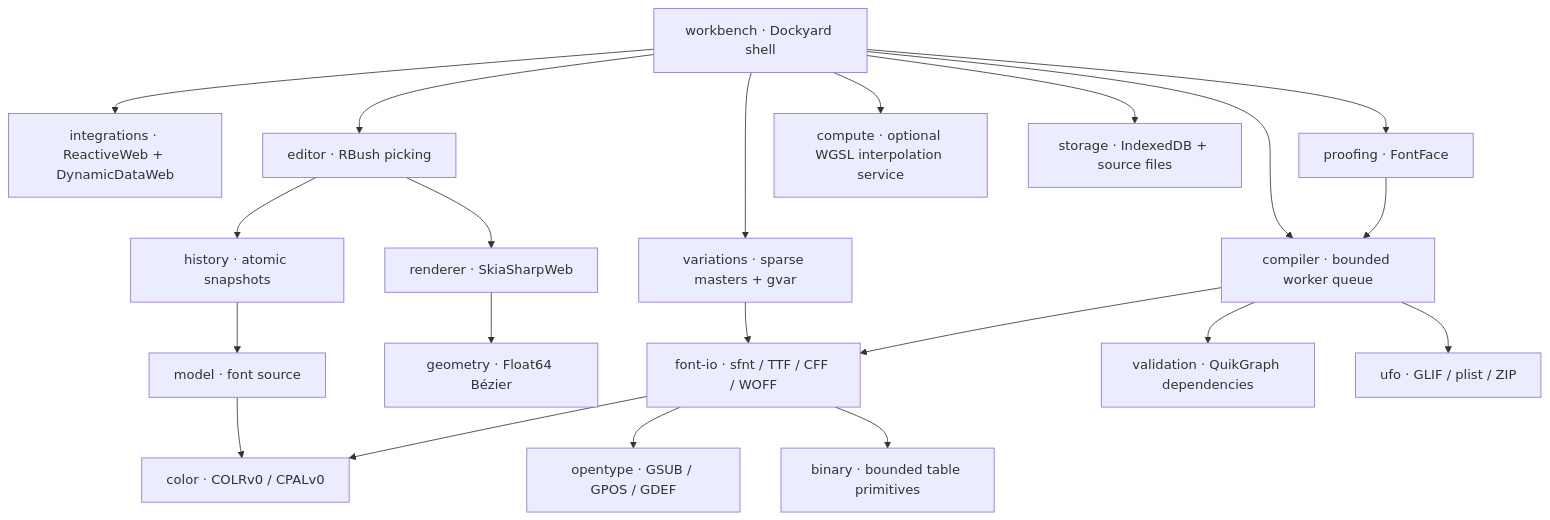
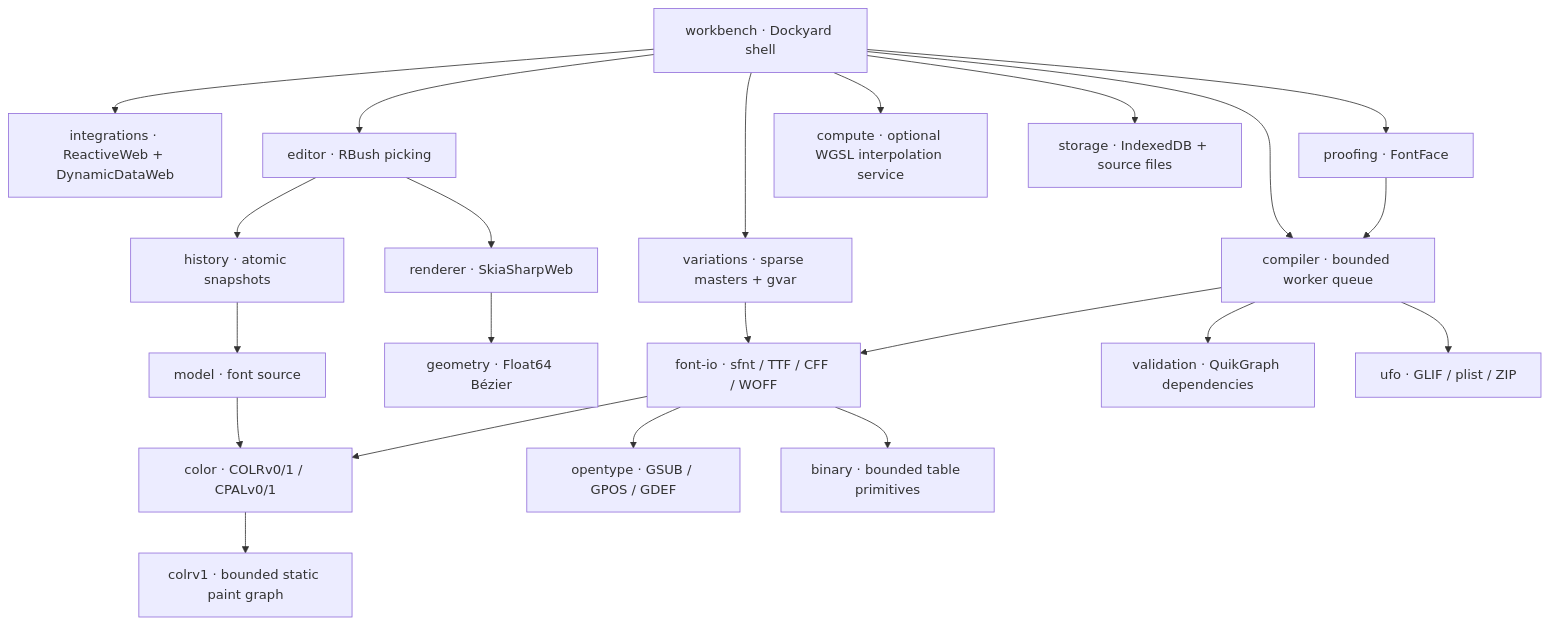
The diagram in docs/ARCHITECTURE.md (wieslawsoltes/CounterformStudio), drawn with Mermaid before and after one commit. The commit also changed other lines of this file and 108 other files, not shown here.

Commit message:
feat: release 0.5.0 COLRv1 paint editor and named palettes

````diff
--- a/docs/ARCHITECTURE.md
+++ b/docs/ARCHITECTURE.md
@@ -7,23 +7,24 @@
 ```mermaid
 flowchart TD
   Workbench[workbench · Dockyard shell] --> Integrations[integrations · ReactiveWeb + DynamicDataWeb]
   Workbench --> Editor[editor · RBush picking]
   Workbench --> Proof[proofing · FontFace]
   Editor --> History[history · atomic snapshots]
   History --> Model[model · font source]
   Editor --> Renderer[renderer · SkiaSharpWeb]
   Renderer --> Geometry[geometry · Float64 Bézier]
   Proof --> Compiler[compiler · bounded worker queue]
   Workbench --> Compiler
   Compiler --> IO[font-io · sfnt / TTF / CFF / WOFF]
-  IO --> Color[color · COLRv0 / CPALv0]
+  IO --> Color[color · COLRv0/1 / CPALv0/1]
+  Color --> Paint[colrv1 · bounded static paint graph]
   Model --> Color
   IO --> Layout[opentype · GSUB / GPOS / GDEF]
   IO --> Binary[binary · bounded table primitives]
   Workbench --> Variation[variations · sparse masters + gvar]
   Variation --> IO
   Workbench --> Compute[compute · optional WGSL interpolation service]
   Compiler --> Validation[validation · QuikGraph dependencies]
   Compiler --> UFO[ufo · GLIF / plist / ZIP]
   Workbench --> Storage[storage · IndexedDB + source files]
 ```
````
